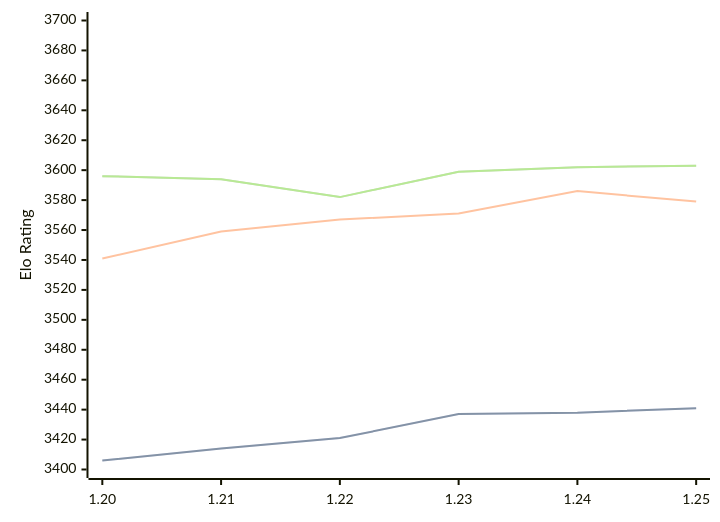
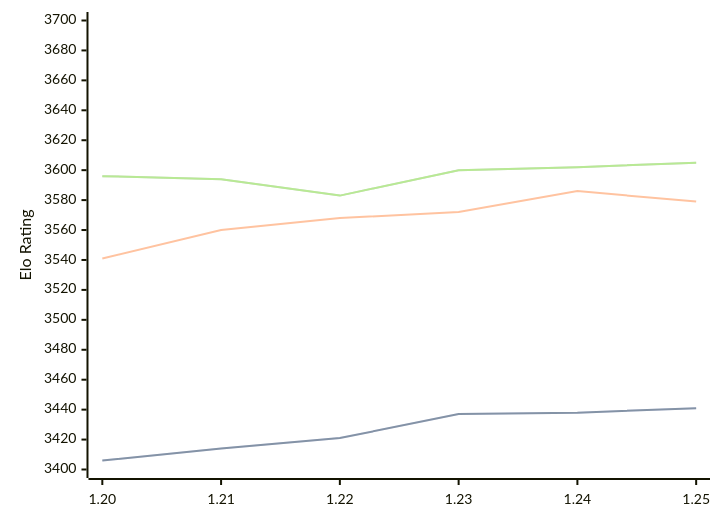
One commit to computer-chess-index/cci changed the diagram in engines/Caissa.md. Above: the diagram before and after it, drawn with Mermaid. The commit also changed other lines of this file, not shown here.

Commit message:
Update CCI Ratings (ELO VLTC) - 2026-05-17

````diff
--- a/engines/Caissa.md
+++ b/engines/Caissa.md
@@ -65,11 +65,11 @@
 ```mermaid
 %%{init: {"theme":"base","themeVariables":{"seriesColors:['#a3a3a3','#222221','#faa371']}}}%%
 xychart-beta
   x-axis ["1.20", "1.21", "1.22", "1.23", "1.24", "1.25"]
   y-axis "Elo Rating" 3400 --> 3700
   line "STC (8.0+0.08s)" [3406, 3414, 3421, 3437, 3438, 3441]
   line "STC (8.0+0.08s)" [3406, 3414, 3421, 3437, 3438, 3441]
-  line "LTC (60.0+0.60s)" [3541, 3559, 3567, 3571, 3586, 3579]
-  line "VLTC (2m24s+1.12s)" [3596, 3594, 3582, 3599, 3602, 3603]
-  line "VLTC (2m24s+1.12s)" [3596, 3594, 3582, 3599, 3602, 3603]
+  line "LTC (60.0+0.60s)" [3541, 3560, 3568, 3572, 3586, 3579]
+  line "VLTC (2m24s+1.12s)" [3596, 3594, 3583, 3600, 3602, 3605]
+  line "VLTC (2m24s+1.12s)" [3596, 3594, 3583, 3600, 3602, 3605]
 ```
````
